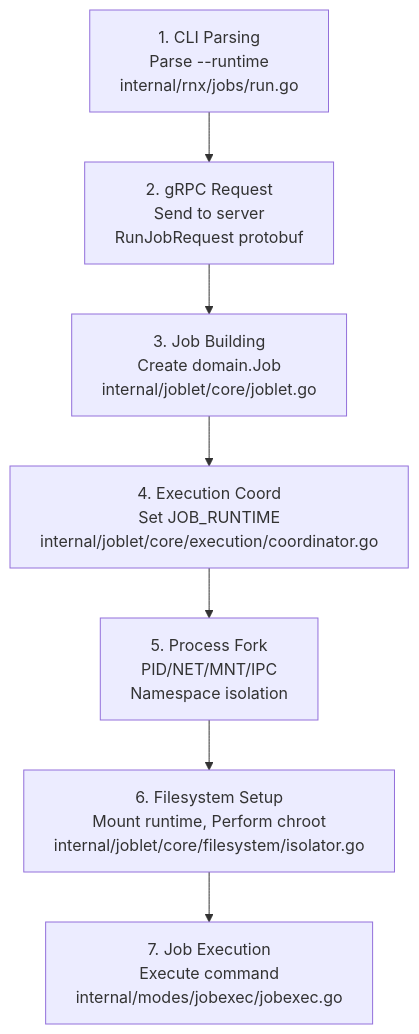
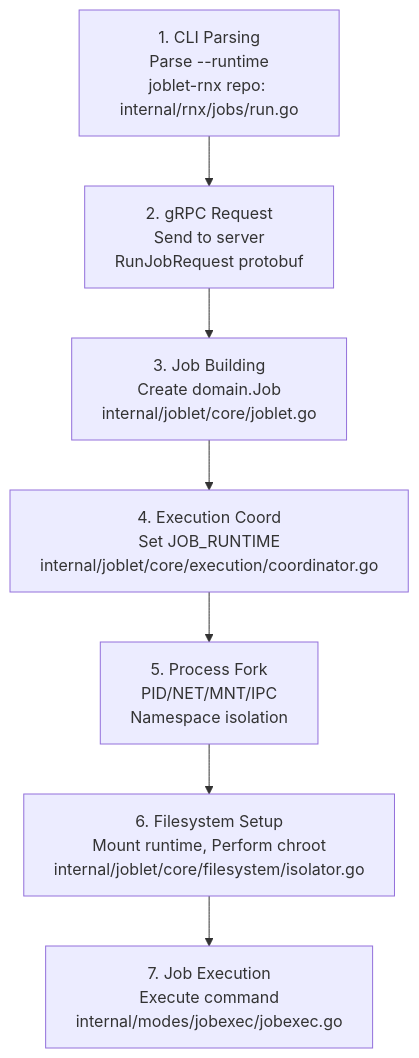
The first of 3 diagrams in docs/RUNTIME_DESIGN.md (ehsaniara/joblet), drawn with Mermaid before and after one commit. The commit also changed other lines of this file and 69 other files, not shown here.

Commit message:
extract rnx cli to the joblet-rnx repository

````diff
--- a/docs/RUNTIME_DESIGN.md
+++ b/docs/RUNTIME_DESIGN.md
@@ -153,11 +153,11 @@
 ```mermaid
 flowchart TD
-    N1["1. CLI Parsing<br/>Parse --runtime<br/>internal/rnx/jobs/run.go"]
+    N1["1. CLI Parsing<br/>Parse --runtime<br/>joblet-rnx repo: internal/rnx/jobs/run.go"]
     N2["2. gRPC Request<br/>Send to server<br/>RunJobRequest protobuf"]
     N3["3. Job Building<br/>Create domain.Job<br/>internal/joblet/core/joblet.go"]
     N4["4. Execution Coord<br/>Set JOB_RUNTIME<br/>internal/joblet/core/execution/coordinator.go"]
     N5["5. Process Fork<br/>PID/NET/MNT/IPC<br/>Namespace isolation"]
     N6["6. Filesystem Setup<br/>Mount runtime, Perform chroot<br/>internal/joblet/core/filesystem/isolator.go"]
     N7["7. Job Execution<br/>Execute command<br/>internal/modes/jobexec/jobexec.go"]
     N1 --> N2 --> N3 --> N4 --> N5 --> N6 --> N7
 ```
````
